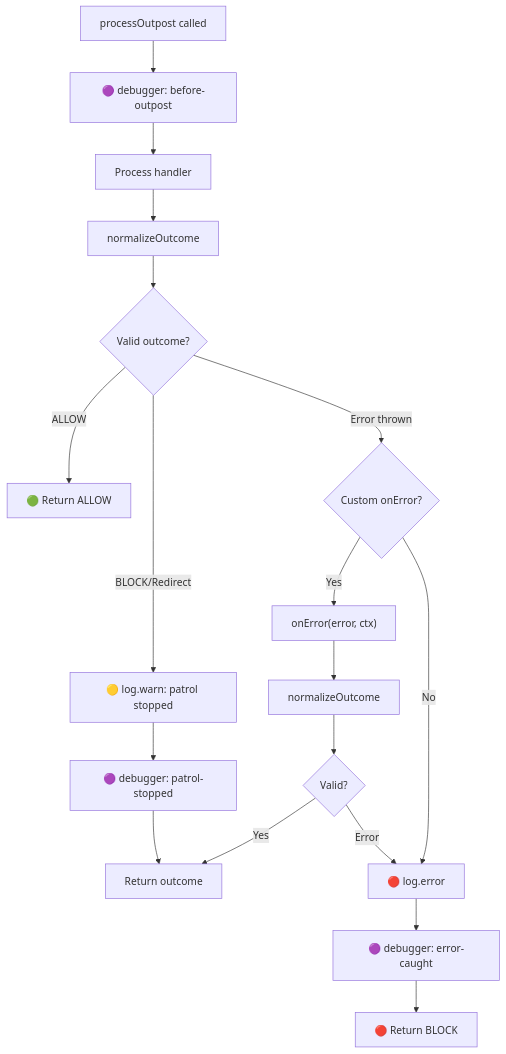
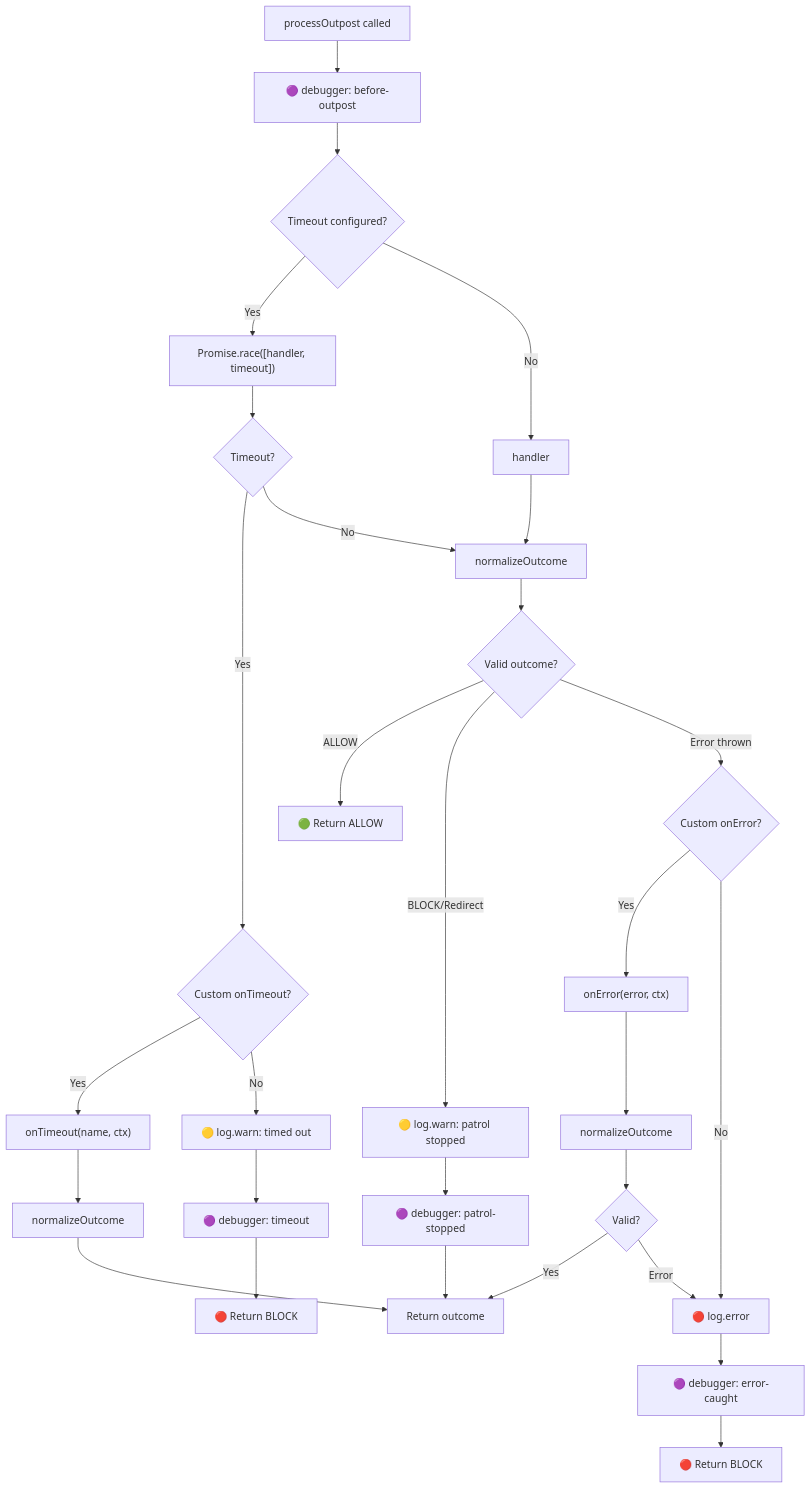
One commit to Kassaila/vue-router-citadel changed the seventh of 9 diagrams in docs/internals.md. Above: the diagram before and after it, drawn with Mermaid. The commit also changed other lines of this file and 5 other files, not shown here.

````diff
--- a/docs/internals.md
+++ b/docs/internals.md
@@ -339,26 +340,42 @@
 ```mermaid
 flowchart TD
     A[processOutpost called] --> DBG1[🟣 debugger: before-outpost]
-    DBG1 --> B[Process handler]
+    DBG1 --> T{Timeout configured?}
+
+    T -->|Yes| RACE["Promise.race([handler, timeout])"]
+    T -->|No| B[handler]
+
+    RACE --> TO{Timeout?}
+    TO -->|Yes| TOH{Custom onTimeout?}
+    TO -->|No| C
 
     B --> C[normalizeOutcome]
+
+    TOH -->|Yes| TOC["onTimeout(name, ctx)"]
+    TOH -->|No| TOLOG[🟡 log.warn: timed out]
+    TOLOG --> TODBG[🟣 debugger: timeout]
+    TODBG --> TOK[🔴 Return BLOCK]
+
+    TOC --> TON[normalizeOutcome]
+    TON --> F
+
     C --> D{Valid outcome?}
 
     D -->|ALLOW| E[🟢 Return ALLOW]
     D -->|BLOCK/Redirect| LOG1[🟡 log.warn: patrol stopped]
     LOG1 --> DBG2[🟣 debugger: patrol-stopped]
     DBG2 --> F[Return outcome]
 
     D -->|Error thrown| G{Custom onError?}
 
     G -->|Yes| H["onError(error, ctx)"]
     G -->|No| LOG2[🔴 log.error]
 
     H --> I[normalizeOutcome]
     I --> J{Valid?}
     J -->|Yes| F
     J -->|Error| LOG2
 
     LOG2 --> DBG3[🟣 debugger: error-caught]
     DBG3 --> K[🔴 Return BLOCK]
 ```
````
